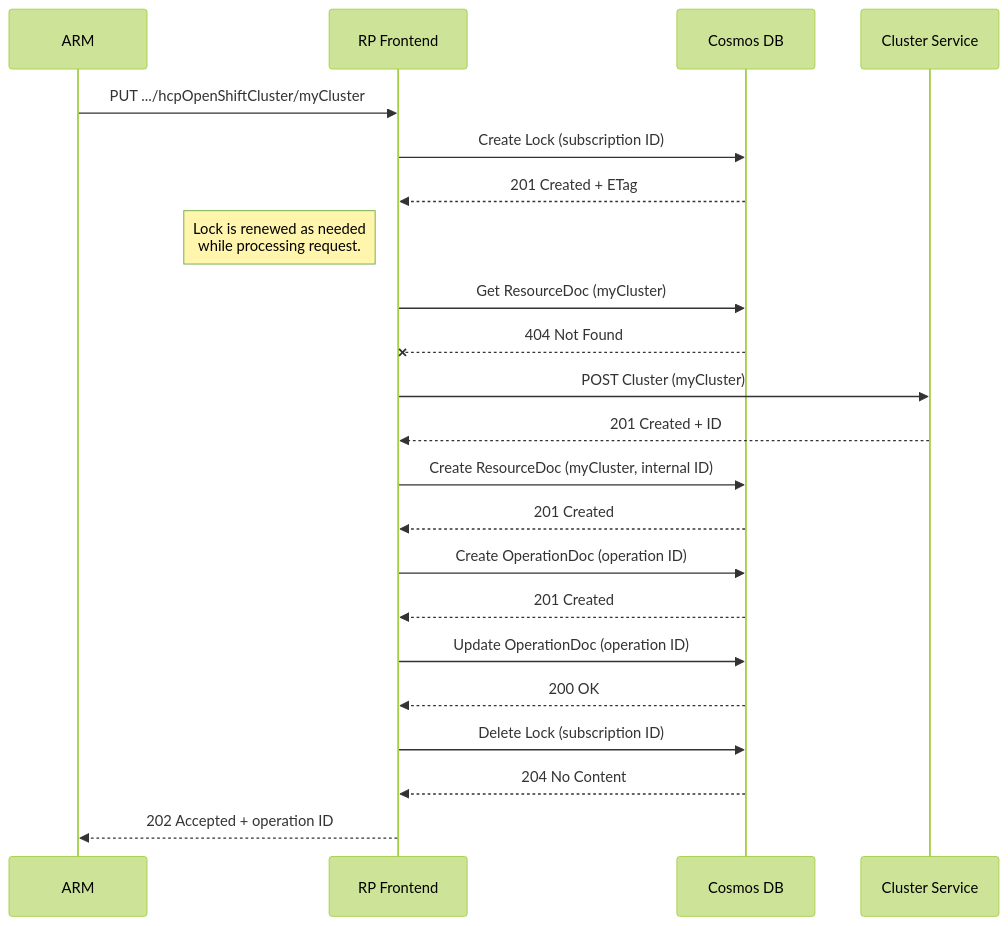
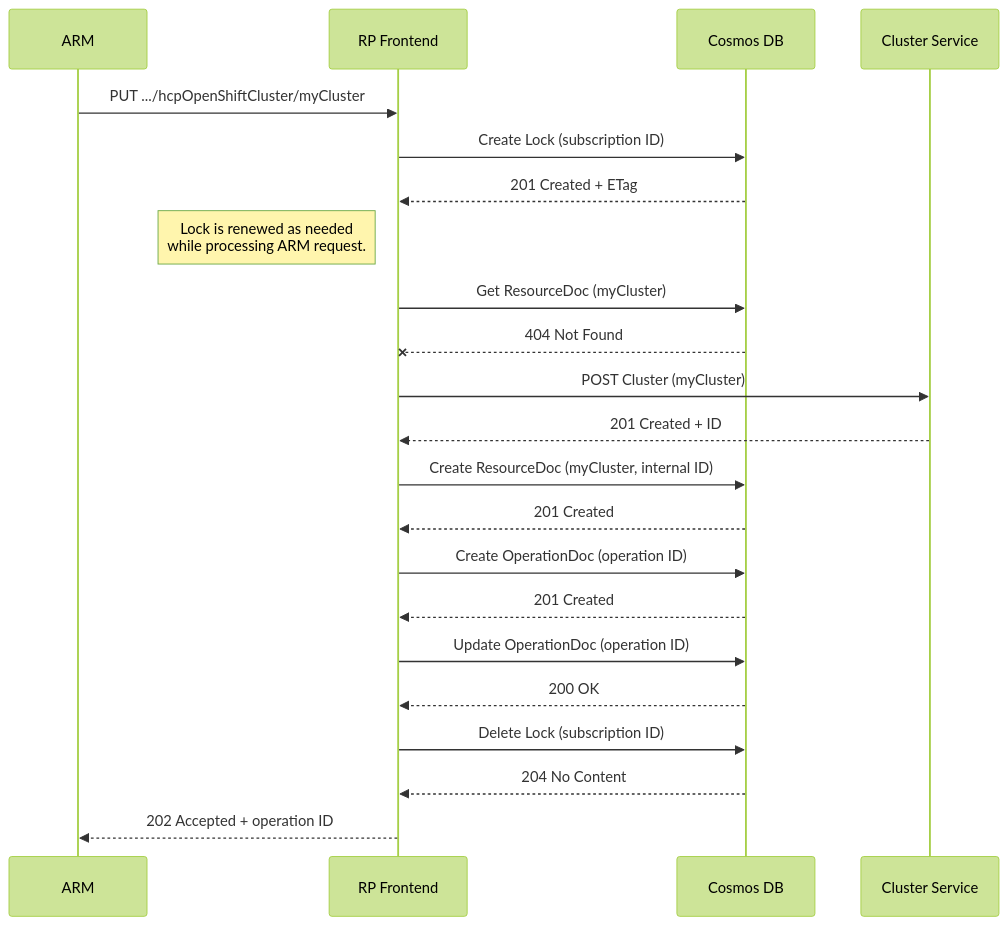
Before and after one commit to Azure/ARO-HCP: the first of 2 diagrams in frontend/asynchronous-operations.md, drawn with Mermaid (forest theme). The commit also changed other lines of this file, not shown here.

````diff
--- a/frontend/asynchronous-operations.md
+++ b/frontend/asynchronous-operations.md
@@ -235,24 +235,24 @@
 ```mermaid
 sequenceDiagram
     participant ARM
     participant FE as RP Frontend
     participant DB as Cosmos DB
     participant CS as Cluster Service
     ARM->>FE: PUT .../hcpOpenShiftCluster/myCluster
     FE->>DB: Create Lock (subscription ID)
     DB-->>FE: 201 Created + ETag
-    Note left of FE: Lock is renewed as needed<br/>while processing request.
+    Note left of FE: Lock is renewed as needed<br/>while processing ARM request.
     FE->>DB: Get ResourceDoc (myCluster)
     DB--xFE: 404 Not Found
     FE->>CS: POST Cluster (myCluster)
     CS-->>FE: 201 Created + ID
     FE->>DB: Create ResourceDoc (myCluster, internal ID)
     DB-->>FE: 201 Created
     FE->>DB: Create OperationDoc (operation ID)
     DB-->>FE: 201 Created
     FE->>DB: Update OperationDoc (operation ID)
     DB-->>FE: 200 OK
     FE->>DB: Delete Lock (subscription ID)
     DB-->>FE: 204 No Content
     FE-->>ARM: 202 Accepted + operation ID
 ```
````
